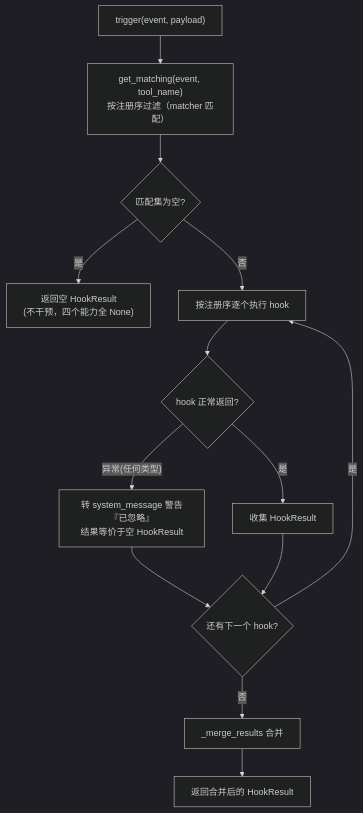
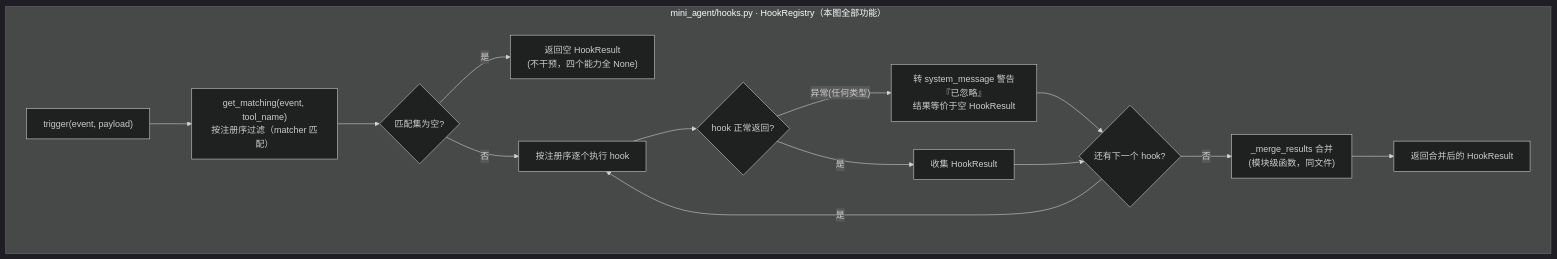
Before and after one commit to meetzouxu/agent-mini-harness: the first of 2 diagrams in docs/iterations/04-hooks.md, drawn with Mermaid (dark theme). The commit also changed other lines of this file and 3 other files, not shown here.

First line of the commit message:
docs: add module ownership grouping to diagrams

````diff
--- a/docs/iterations/04-hooks.md
+++ b/docs/iterations/04-hooks.md
@@ -71,15 +71,17 @@
 ```mermaid
 flowchart TD
-    T["trigger(event, payload)"] --> M["get_matching(event, tool_name)<br/>按注册序过滤（matcher 匹配）"]
-    M --> E{"匹配集为空?"}
-    E -->|是| N["返回空 HookResult<br/>(不干预，四个能力全 None)"]
-    E -->|否| LOOP["按注册序逐个执行 hook"]
-    LOOP --> OK{"hook 正常返回?"}
-    OK -->|是| COLLECT["收集 HookResult"]
-    OK -->|"异常(任何类型)"| WARN["转 system_message 警告『已忽略』<br/>结果等价于空 HookResult"]
-    WARN --> MORE
-    COLLECT --> MORE{"还有下一个 hook?"}
-    MORE -->|是| LOOP
-    MORE -->|否| MERGE["_merge_results 合并"]
-    MERGE --> OUT["返回合并后的 HookResult"]
+    subgraph HOOKS["mini_agent/hooks.py · HookRegistry（本图全部功能）"]
+        T["trigger(event, payload)"] --> M["get_matching(event, tool_name)<br/>按注册序过滤（matcher 匹配）"]
+        M --> E{"匹配集为空?"}
+        E -->|是| N["返回空 HookResult<br/>(不干预，四个能力全 None)"]
+        E -->|否| LOOP["按注册序逐个执行 hook"]
+        LOOP --> OK{"hook 正常返回?"}
+        OK -->|是| COLLECT["收集 HookResult"]
+        OK -->|"异常(任何类型)"| WARN["转 system_message 警告『已忽略』<br/>结果等价于空 HookResult"]
+        WARN --> MORE
+        COLLECT --> MORE{"还有下一个 hook?"}
+        MORE -->|是| LOOP
+        MORE -->|否| MERGE["_merge_results 合并<br/>(模块级函数，同文件)"]
+        MERGE --> OUT["返回合并后的 HookResult"]
+    end
 ```
````
